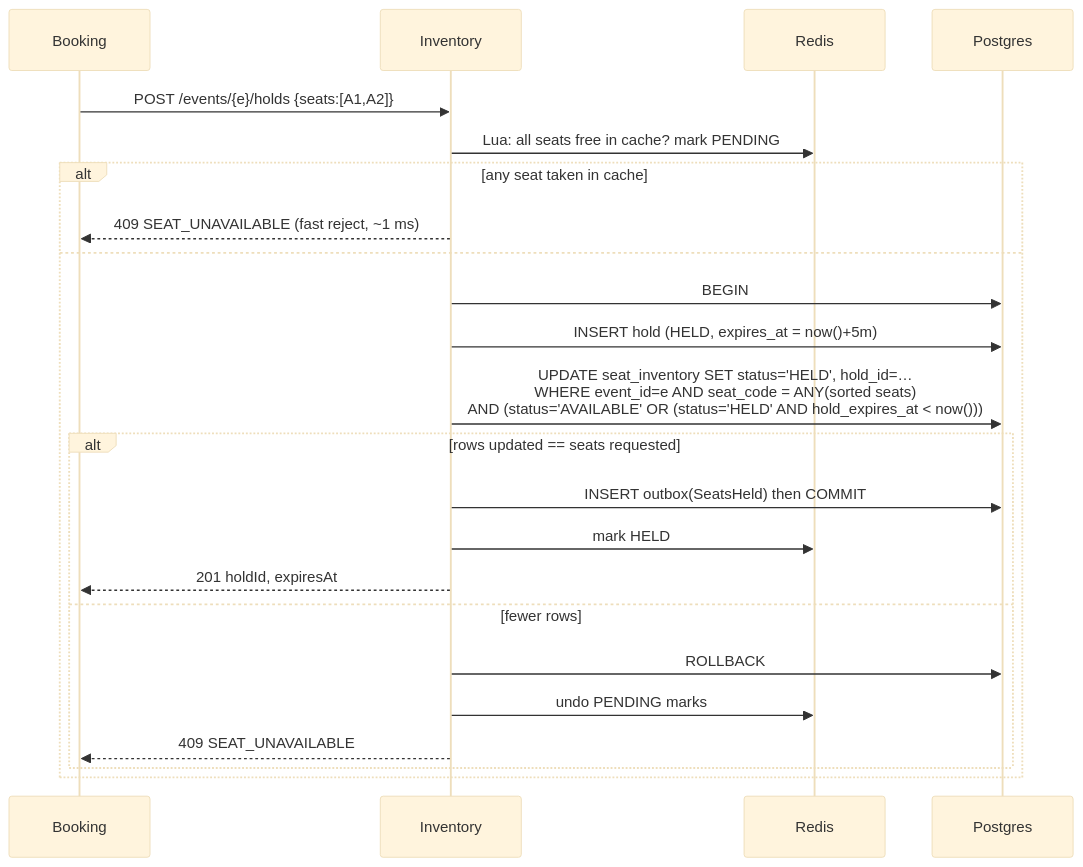
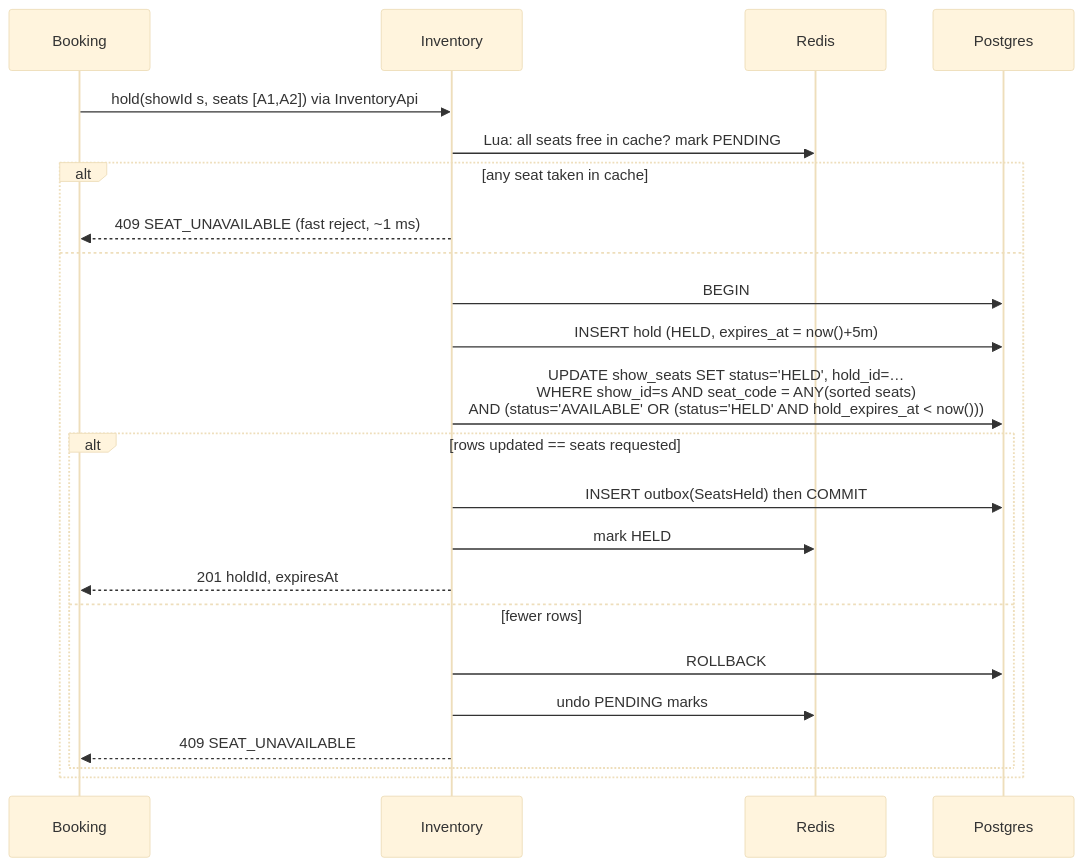
Before and after one commit to Vivek-122005/distributed-ticket-reservation-system: the second of 7 diagrams in docs/hld/03-request-flows.md, drawn with Mermaid (base theme). The commit also changed other lines of this file and 8 other files, not shown here.

````diff
--- a/docs/hld/03-request-flows.md
+++ b/docs/hld/03-request-flows.md
@@ -39,25 +39,25 @@
 ```mermaid
 sequenceDiagram
     participant B as Booking
     participant I as Inventory
     participant R as Redis
     participant P as Postgres
-    B->>I: POST /events/{e}/holds {seats:[A1,A2]}
+    B->>I: hold(showId s, seats [A1,A2]) via InventoryApi
     I->>R: Lua: all seats free in cache? mark PENDING
     alt any seat taken in cache
       I-->>B: 409 SEAT_UNAVAILABLE (fast reject, ~1 ms)
     else
       I->>P: BEGIN
       I->>P: INSERT hold (HELD, expires_at = now()+5m)
-      I->>P: UPDATE seat_inventory SET status='HELD', hold_id=…<br/>WHERE event_id=e AND seat_code = ANY(sorted seats)<br/>AND (status='AVAILABLE' OR (status='HELD' AND hold_expires_at < now()))
+      I->>P: UPDATE show_seats SET status='HELD', hold_id=…<br/>WHERE show_id=s AND seat_code = ANY(sorted seats)<br/>AND (status='AVAILABLE' OR (status='HELD' AND hold_expires_at < now()))
       alt rows updated == seats requested
         I->>P: INSERT outbox(SeatsHeld) then COMMIT
         I->>R: mark HELD
         I-->>B: 201 holdId, expiresAt
       else fewer rows
         I->>P: ROLLBACK
         I->>R: undo PENDING marks
         I-->>B: 409 SEAT_UNAVAILABLE
       end
     end
 ```
````
